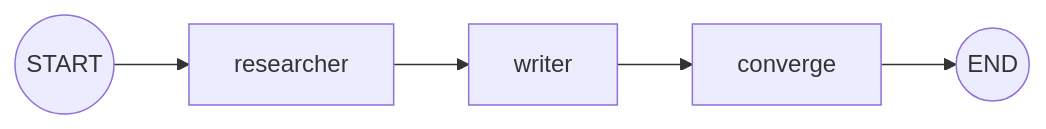
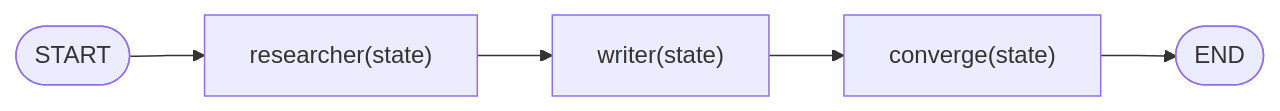
Before and after one commit to xergioalex/agent-lab: the first of 2 diagrams in src/48_agent_collaboration/README.md, drawn with Mermaid. The commit also changed other lines of this file and 64 other files, not shown here.

First line of the commit message:
docs(docs): premium Mermaid diagram pass on all 64 module READMEs

````diff
--- a/src/48_agent_collaboration/README.md
+++ b/src/48_agent_collaboration/README.md
@@ -49,7 +49,7 @@
 ```mermaid
-graph LR
-    START((START)) --> researcher[researcher]
-    researcher --> writer[writer]
-    writer --> converge[converge]
-    converge --> END((END))
+flowchart LR
+    START([START]) --> researcher["researcher(state)"]
+    researcher --> writer["writer(state)"]
+    writer --> converge["converge(state)"]
+    converge --> END([END])
 ```
````
